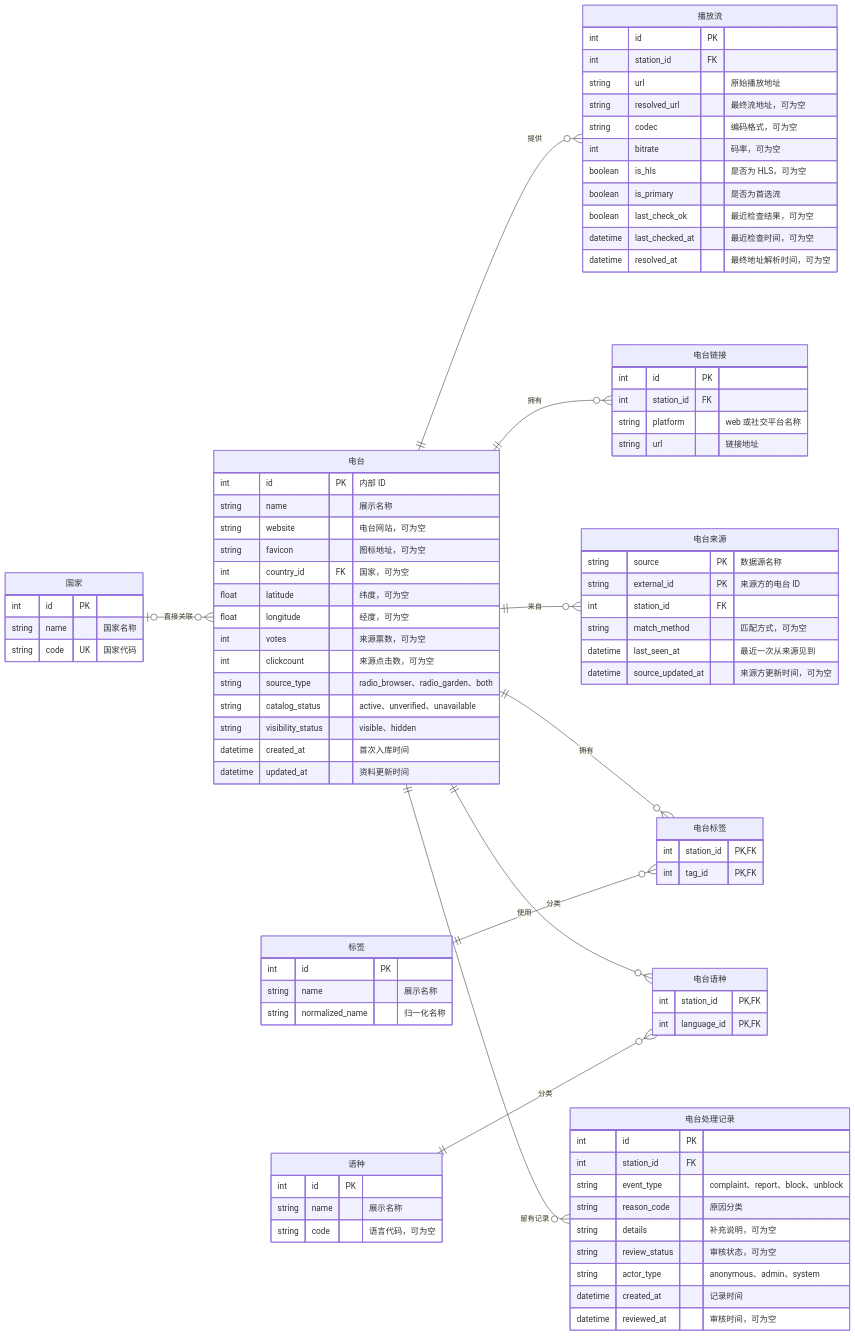
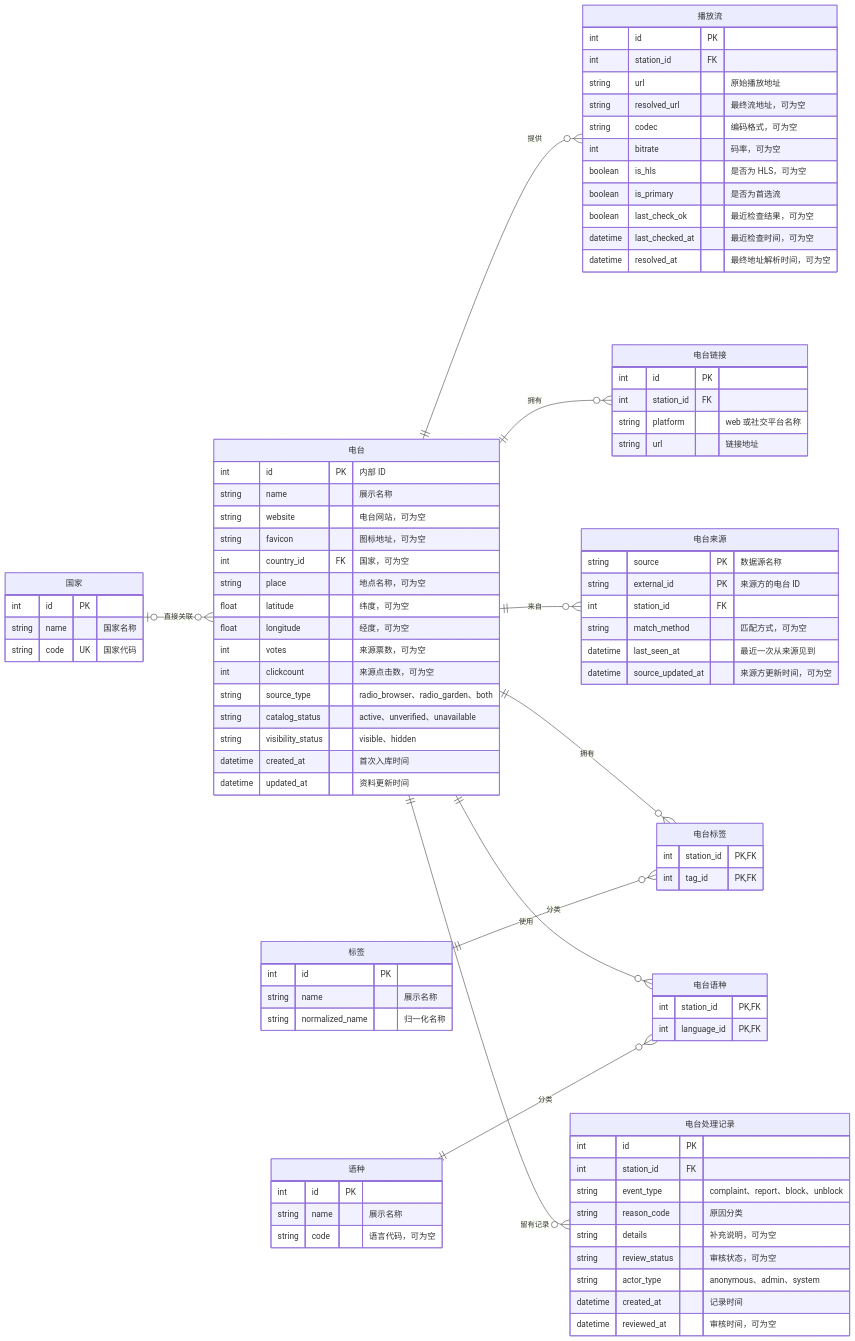
Before and after one commit to xanggang/listen: the diagram in docs/V2版本/电台数据库设计.md, drawn with Mermaid. The commit also changed other lines of this file and 15 other files, not shown here.

```diff
--- a/docs/V2版本/电台数据库设计.md
+++ b/docs/V2版本/电台数据库设计.md
@@ -26,6 +28,7 @@
         string website "电台网站，可为空"
         string favicon "图标地址，可为空"
         int country_id FK "国家，可为空"
+        string place "地点名称，可为空"
         float latitude "纬度，可为空"
         float longitude "经度，可为空"
         int votes "来源票数，可为空"
```
